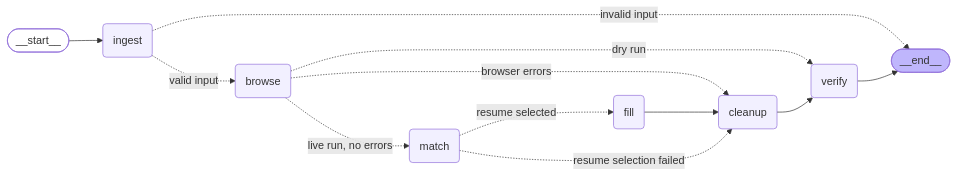
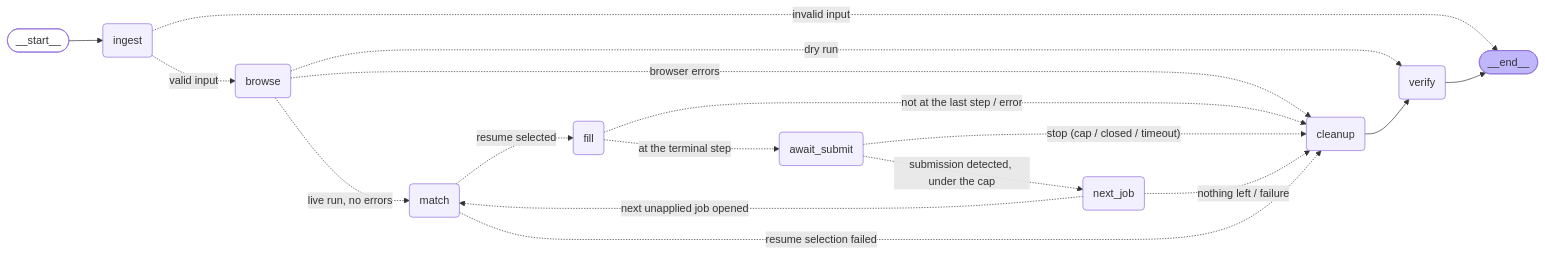
One commit to Shaktikc/JobAgent changed the diagram in docs/graph.mmd. Above: the diagram before and after it, drawn with Mermaid. The commit also changed 17 other files, not shown here.

```diff
--- a/docs/graph.mmd
+++ b/docs/graph.mmd
@@ -1,28 +1,35 @@
 ---
 config:
   flowchart:
     curve: basis
 ---
 graph LR;
 	__start__([<p>__start__</p>]):::first
 	ingest(ingest)
 	browse(browse)
 	match(match)
 	fill(fill)
+	await_submit(await_submit)
+	next_job(next_job)
 	cleanup(cleanup)
 	verify(verify)
 	__end__([<p>__end__</p>]):::last
 	__start__ --> ingest;
 	browse -. "browser errors" .-> cleanup;
 	browse -. "live run, no errors" .-> match;
 	browse -. "dry run" .-> verify;
 	cleanup --> verify;
-	fill --> cleanup;
+	fill -. "at the terminal step" .-> await_submit;
+	fill -. "not at the last step / error" .-> cleanup;
+	await_submit -. "submission detected, under the cap" .-> next_job;
+	await_submit -. "stop (cap / closed / timeout)" .-> cleanup;
+	next_job -. "next unapplied job opened" .-> match;
+	next_job -. "nothing left / failure" .-> cleanup;
 	ingest -. "invalid input" .-> __end__;
 	ingest -. "valid input" .-> browse;
 	match -. "resume selection failed" .-> cleanup;
 	match -. "resume selected" .-> fill;
 	verify --> __end__;
 	classDef default fill:#f2f0ff,line-height:1.2
 	classDef first fill-opacity:0
 	classDef last fill:#bfb6fc
```
